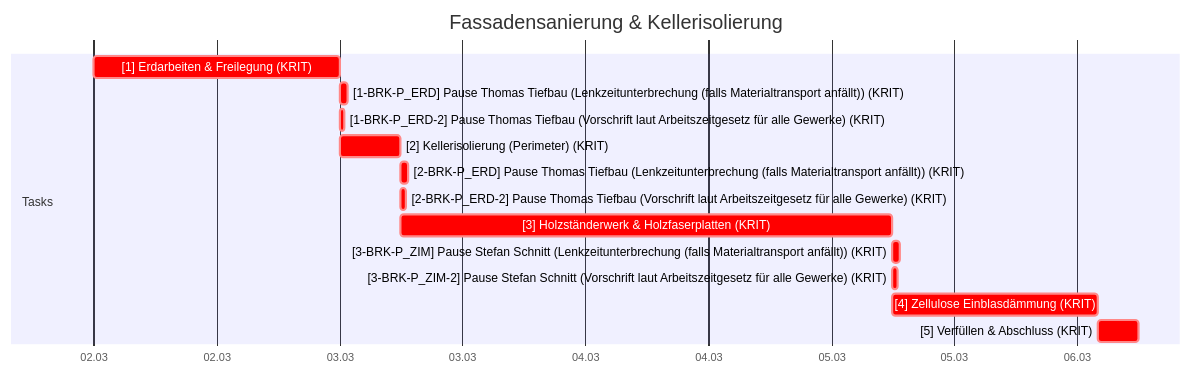
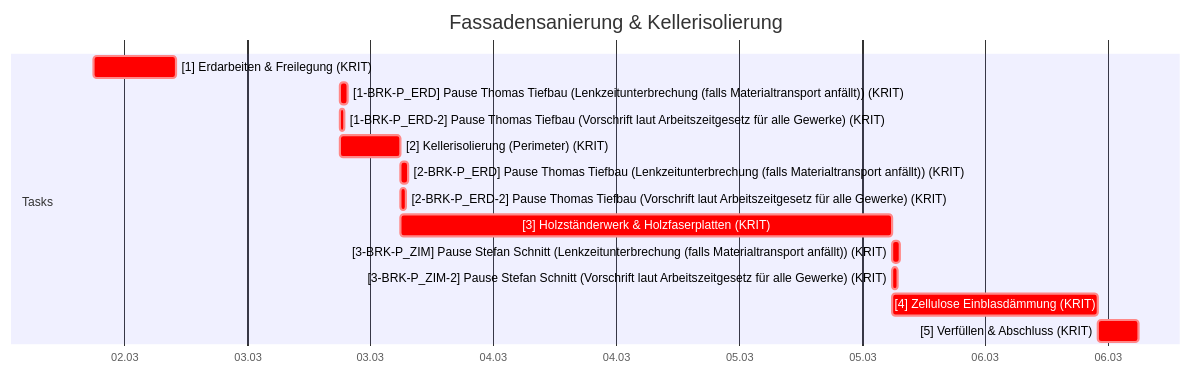
The second of 9 diagrams in tests/golden/fassadenbau.md (mistamichael/sproject), drawn with Mermaid before and after one commit. The commit also changed other lines of this file and 34 other files, not shown here.

````diff
--- a/tests/golden/fassadenbau.md
+++ b/tests/golden/fassadenbau.md
@@ -90,20 +90,20 @@
 ```mermaid
 gantt
     title Fassadensanierung & Kellerisolierung
     dateFormat  YYYY-MM-DD HH:mm
     axisFormat  %d.%m
 
     section Feiertage
     section Tasks
-    [1] Erdarbeiten & Freilegung (KRIT) :crit, 2026-03-02 00:00, 2026-03-03 00:00
-    [1-BRK-P_ERD] Pause Thomas Tiefbau (Lenkzeitunterbrechung (falls Materialtransport anfällt)) (KRIT) :crit, 2026-03-03 00:00, 2026-03-03 00:45
-    [1-BRK-P_ERD-2] Pause Thomas Tiefbau (Vorschrift laut Arbeitszeitgesetz für alle Gewerke) (KRIT) :crit, 2026-03-03 00:00, 2026-03-03 00:30
-    [2] Kellerisolierung (Perimeter) (KRIT) :crit, 2026-03-03 00:00, 2026-03-03 06:00
-    [2-BRK-P_ERD] Pause Thomas Tiefbau (Lenkzeitunterbrechung (falls Materialtransport anfällt)) (KRIT) :crit, 2026-03-03 06:00, 2026-03-03 06:45
-    [2-BRK-P_ERD-2] Pause Thomas Tiefbau (Vorschrift laut Arbeitszeitgesetz für alle Gewerke) (KRIT) :crit, 2026-03-03 06:00, 2026-03-03 06:30
-    [3] Holzständerwerk & Holzfaserplatten (KRIT) :crit, 2026-03-03 06:00, 2026-03-05 06:00
-    [3-BRK-P_ZIM] Pause Stefan Schnitt (Lenkzeitunterbrechung (falls Materialtransport anfällt)) (KRIT) :crit, 2026-03-05 06:00, 2026-03-05 06:45
-    [3-BRK-P_ZIM-2] Pause Stefan Schnitt (Vorschrift laut Arbeitszeitgesetz für alle Gewerke) (KRIT) :crit, 2026-03-05 06:00, 2026-03-05 06:30
-    [4] Zellulose Einblasdämmung (KRIT) :crit, 2026-03-05 06:00, 2026-03-06 02:00
-    [5] Verfüllen & Abschluss (KRIT) :crit, 2026-03-06 02:00, 2026-03-06 06:00
+    [1] Erdarbeiten & Freilegung (KRIT) :crit, 2026-03-02 09:00, 2026-03-02 17:00
+    [1-BRK-P_ERD] Pause Thomas Tiefbau (Lenkzeitunterbrechung (falls Materialtransport anfällt)) (KRIT) :crit, 2026-03-03 09:00, 2026-03-03 09:45
+    [1-BRK-P_ERD-2] Pause Thomas Tiefbau (Vorschrift laut Arbeitszeitgesetz für alle Gewerke) (KRIT) :crit, 2026-03-03 09:00, 2026-03-03 09:30
+    [2] Kellerisolierung (Perimeter) (KRIT) :crit, 2026-03-03 09:00, 2026-03-03 15:00
+    [2-BRK-P_ERD] Pause Thomas Tiefbau (Lenkzeitunterbrechung (falls Materialtransport anfällt)) (KRIT) :crit, 2026-03-03 15:00, 2026-03-03 15:45
+    [2-BRK-P_ERD-2] Pause Thomas Tiefbau (Vorschrift laut Arbeitszeitgesetz für alle Gewerke) (KRIT) :crit, 2026-03-03 15:00, 2026-03-03 15:30
+    [3] Holzständerwerk & Holzfaserplatten (KRIT) :crit, 2026-03-03 15:00, 2026-03-05 15:00
+    [3-BRK-P_ZIM] Pause Stefan Schnitt (Lenkzeitunterbrechung (falls Materialtransport anfällt)) (KRIT) :crit, 2026-03-05 15:00, 2026-03-05 15:45
+    [3-BRK-P_ZIM-2] Pause Stefan Schnitt (Vorschrift laut Arbeitszeitgesetz für alle Gewerke) (KRIT) :crit, 2026-03-05 15:00, 2026-03-05 15:30
+    [4] Zellulose Einblasdämmung (KRIT) :crit, 2026-03-05 15:00, 2026-03-06 11:00
+    [5] Verfüllen & Abschluss (KRIT) :crit, 2026-03-06 11:00, 2026-03-06 15:00
 ```
````
